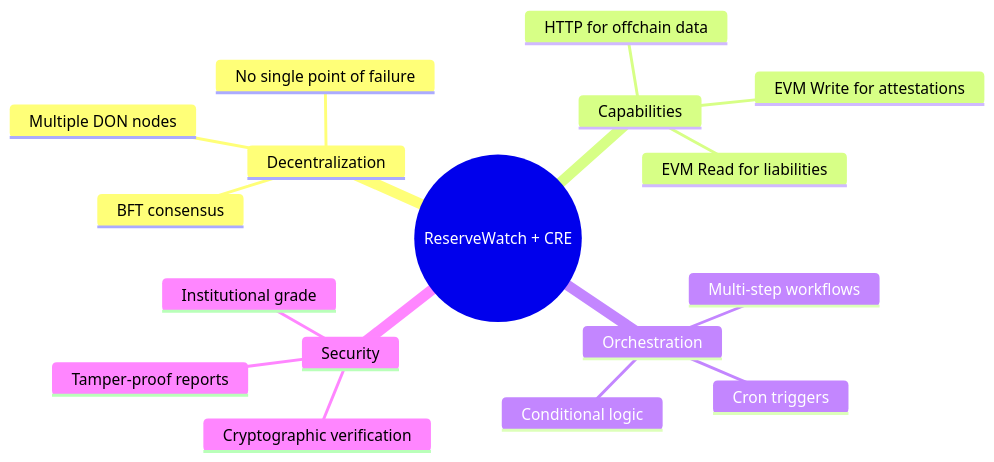
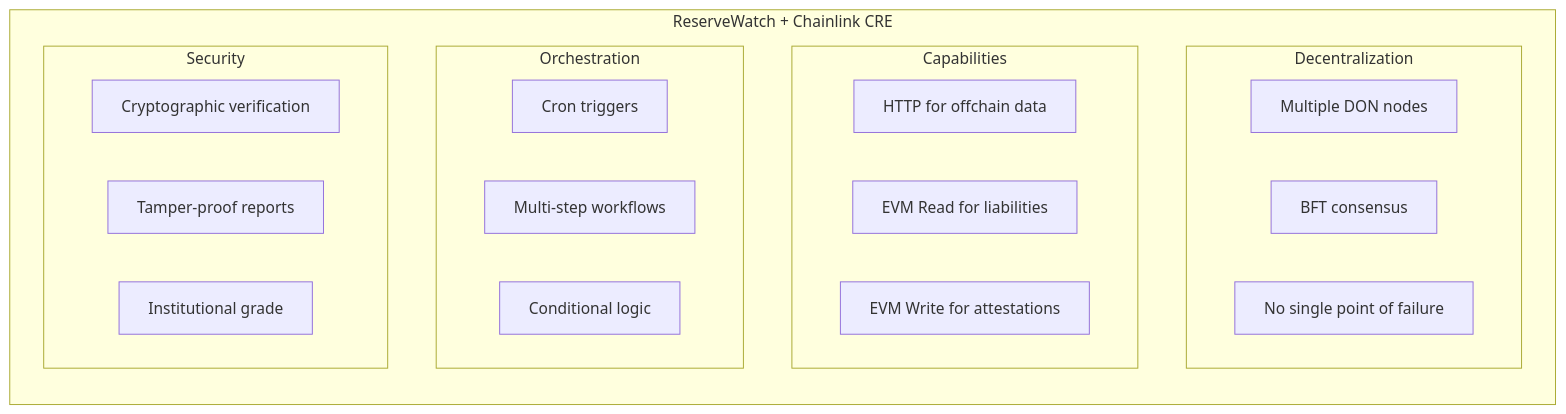
One commit to Sektorial12/ReserveWatch changed the eighth of 8 diagrams in ARCHITECTURE.md. Above: the diagram before and after it, drawn with Mermaid. The commit also changed other lines of this file, not shown here.

Commit message:
feat: arch diagram

````diff
--- a/ARCHITECTURE.md
+++ b/ARCHITECTURE.md
@@ -250,20 +250,30 @@
 ```mermaid
-mindmap
-    root((ReserveWatch + CRE))
-        Decentralization
-            Multiple DON nodes
-            BFT consensus
-            No single point of failure
-        Capabilities
-            HTTP for offchain data
-            EVM Read for liabilities
-            EVM Write for attestations
-        Orchestration
-            Cron triggers
-            Multi-step workflows
-            Conditional logic
-        Security
-            Cryptographic verification
-            Tamper-proof reports
-            Institutional grade
+flowchart TB
+    subgraph CRE["ReserveWatch + Chainlink CRE"]
+        direction TB
+        
+        subgraph D["Decentralization"]
+            D1[Multiple DON nodes]
+            D2[BFT consensus]
+            D3[No single point of failure]
+        end
+        
+        subgraph C["Capabilities"]
+            C1[HTTP for offchain data]
+            C2[EVM Read for liabilities]
+            C3[EVM Write for attestations]
+        end
+        
+        subgraph O["Orchestration"]
+            O1[Cron triggers]
+            O2[Multi-step workflows]
+            O3[Conditional logic]
+        end
+        
+        subgraph S["Security"]
+            S1[Cryptographic verification]
+            S2[Tamper-proof reports]
+            S3[Institutional grade]
+        end
+    end
 ```
````
